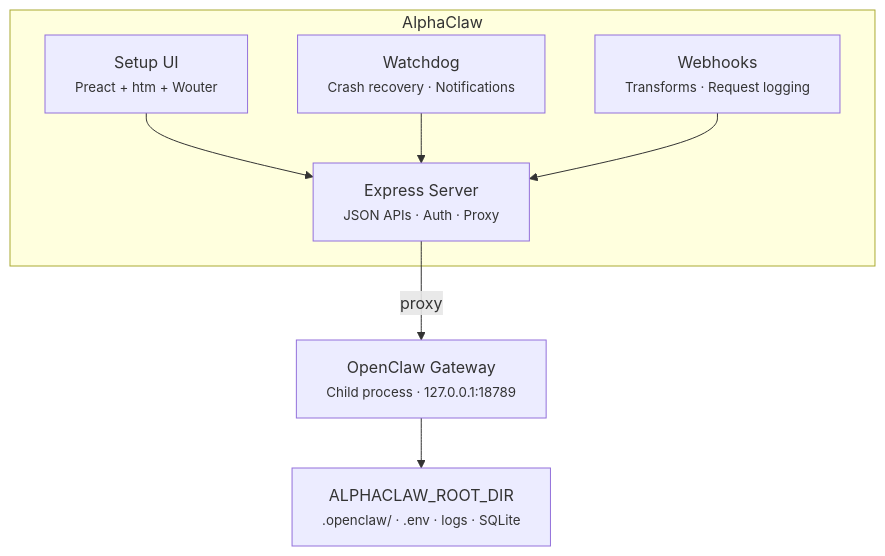
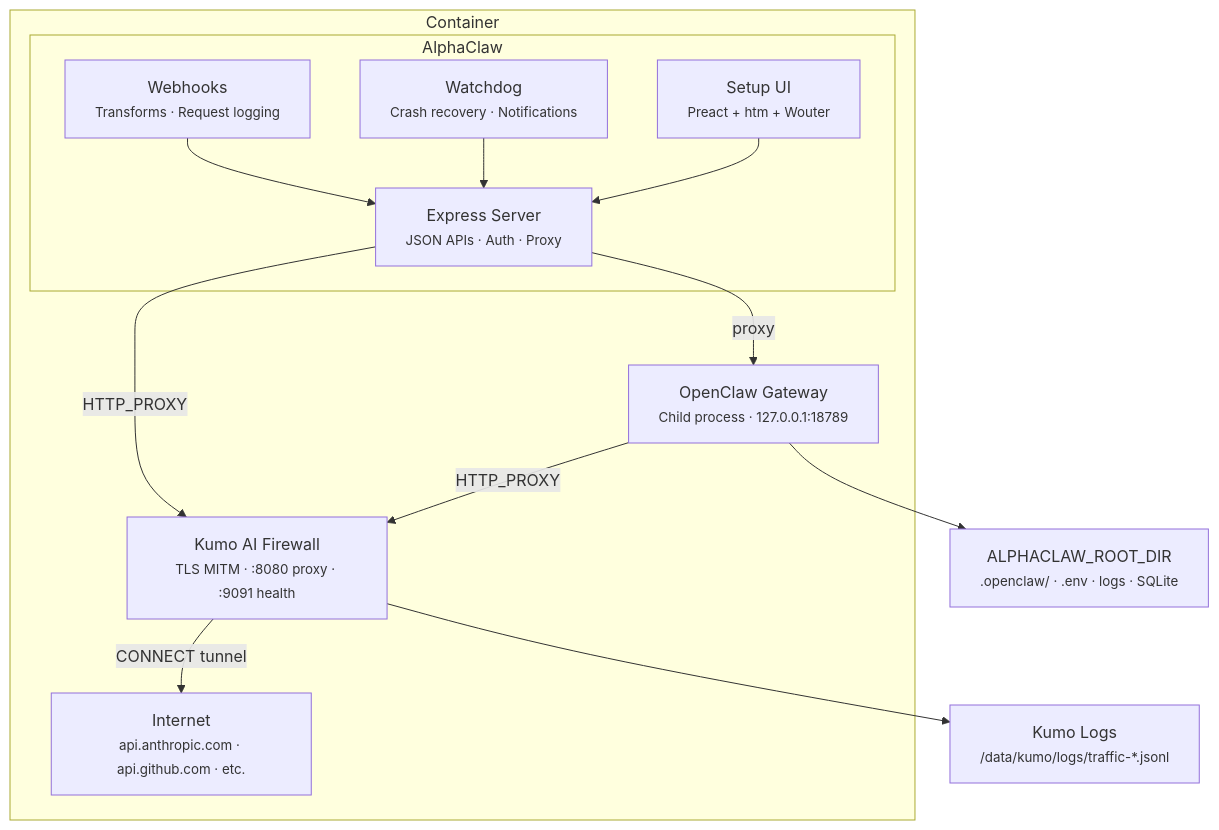
The diagram in README.md (MySklz/alphaclaw), drawn with Mermaid before and after one commit. The commit also changed other lines of this file and 1 other file, not shown here.

First line of the commit message:
docs: add Kumo AI firewall documentation, install guide, and troubleshooting

````diff
--- a/README.md
+++ b/README.md
@@ -114,15 +126,22 @@
 ```mermaid
 graph TD
-    subgraph AlphaClaw
-        UI["Setup UI<br/><small>Preact + htm + Wouter</small>"]
-        WD["Watchdog<br/><small>Crash recovery · Notifications</small>"]
-        WH["Webhooks<br/><small>Transforms · Request logging</small>"]
-        UI --> API
-        WD --> API
-        WH --> API
-        API["Express Server<br/><small>JSON APIs · Auth · Proxy</small>"]
+    subgraph Container
+        subgraph AlphaClaw
+            UI["Setup UI<br/><small>Preact + htm + Wouter</small>"]
+            WD["Watchdog<br/><small>Crash recovery · Notifications</small>"]
+            WH["Webhooks<br/><small>Transforms · Request logging</small>"]
+            UI --> API
+            WD --> API
+            WH --> API
+            API["Express Server<br/><small>JSON APIs · Auth · Proxy</small>"]
+        end
+
+        API -- "proxy" --> GW["OpenClaw Gateway<br/><small>Child process · 127.0.0.1:18789</small>"]
+        GW -- "HTTP_PROXY" --> KUMO["Kumo AI Firewall<br/><small>TLS MITM · :8080 proxy · :9091 health</small>"]
+        API -- "HTTP_PROXY" --> KUMO
+        KUMO -- "CONNECT tunnel" --> INTERNET["Internet<br/><small>api.anthropic.com · api.github.com · etc.</small>"]
     end
 
-    API -- "proxy" --> GW["OpenClaw Gateway<br/><small>Child process · 127.0.0.1:18789</small>"]
     GW --> DATA["ALPHACLAW_ROOT_DIR<br/><small>.openclaw/ · .env · logs · SQLite</small>"]
+    KUMO --> LOGS["Kumo Logs<br/><small>/data/kumo/logs/traffic-*.jsonl</small>"]
 ```
````
